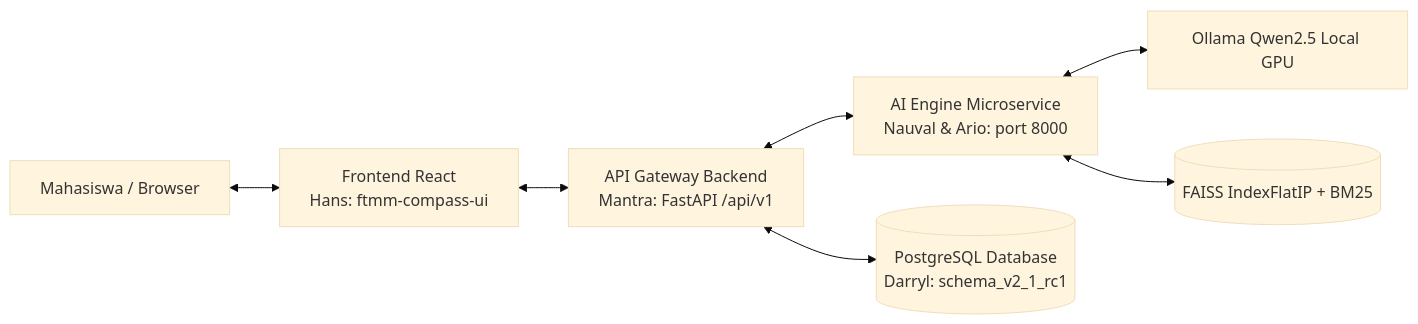
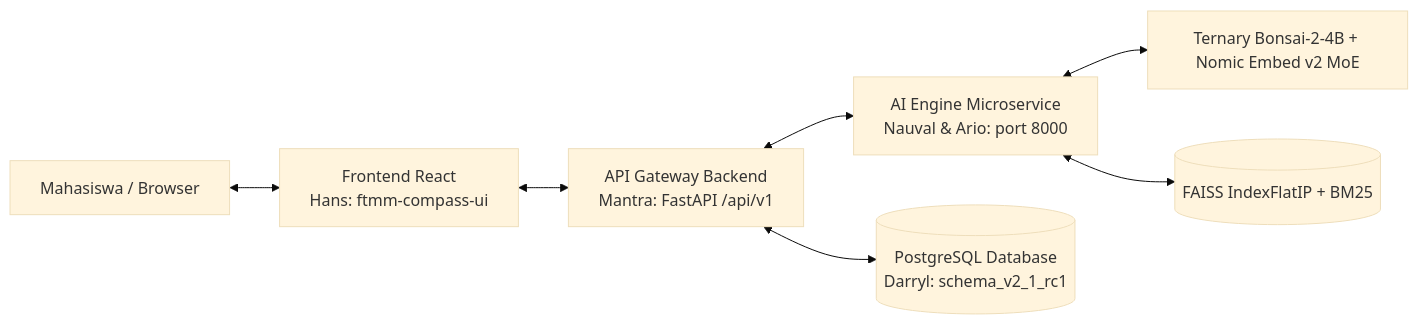
Before and after one commit to Primarizki21/ftmm-compass-chatbot: the first of 3 diagrams in docs/INTEGRATION_FLOW.md, drawn with Mermaid (base theme). The commit also changed other lines of this file and 15 other files, not shown here.

````diff
--- a/docs/INTEGRATION_FLOW.md
+++ b/docs/INTEGRATION_FLOW.md
@@ -13,9 +13,9 @@
 ```mermaid
 graph LR
     Client[Mahasiswa / Browser] <--> FE[Frontend React<br/>Hans: ftmm-compass-ui]
     FE <--> GW[API Gateway Backend<br/>Mantra: FastAPI /api/v1]
     GW <--> AI[AI Engine Microservice<br/>Nauval & Ario: port 8000]
     GW <--> DB[(PostgreSQL Database<br/>Darryl: schema_v2_1_rc1)]
-    AI <--> LocalOllama[Ollama Qwen2.5 Local GPU]
+    AI <--> LocalEngine[Ternary Bonsai-2-4B + Nomic Embed v2 MoE]
     AI <--> VectorStore[(FAISS IndexFlatIP + BM25)]
 ```
````
